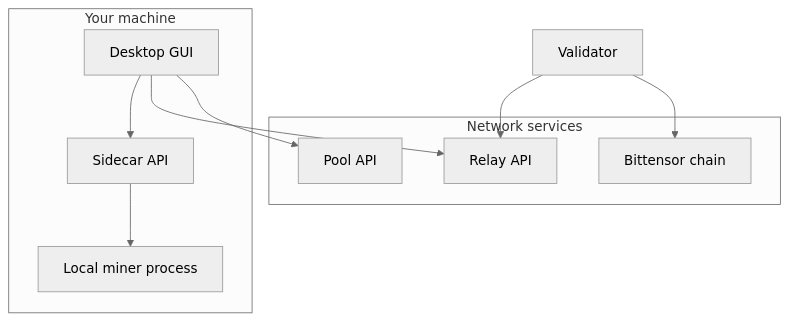
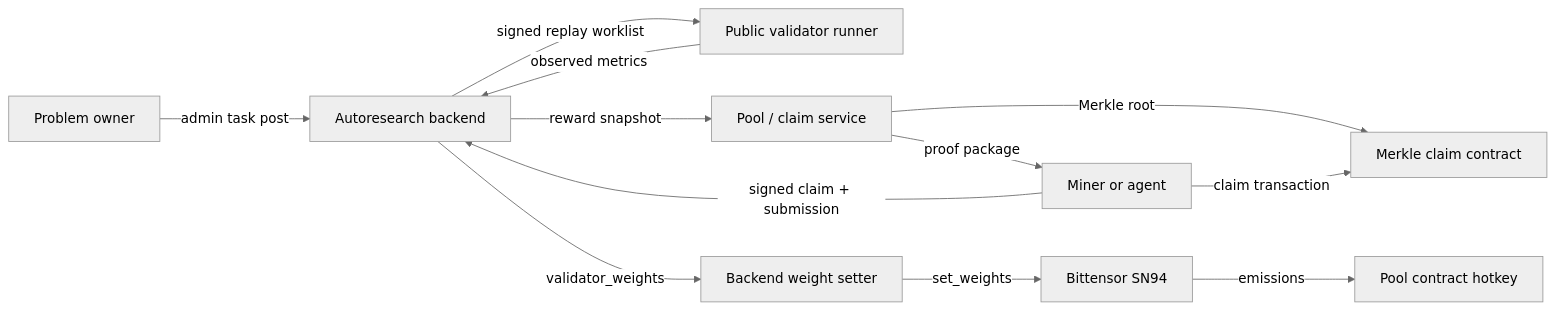
One commit to AlveusLabs/SN94-BitSota changed the diagram in docs/architecture.md. Above: the diagram before and after it, drawn with Mermaid (neutral theme). The commit also changed other lines of this file and 83 other files, not shown here.

Commit message:
Publish public docs for App Runner

````diff
--- a/docs/architecture.md
+++ b/docs/architecture.md
@@ -44,21 +19,14 @@
 ```mermaid
-flowchart TB
-  subgraph Local[Your machine]
-    GUI[Desktop GUI]
-    Sidecar[Sidecar API]
-    Miner[Local miner process]
-    GUI --> Sidecar
-    Sidecar --> Miner
-  end
-
-  subgraph Remote[Network services]
-    Relay[Relay API]
-    PoolAPI[Pool API]
-    Chain[Bittensor chain]
-  end
-
-  GUI --> Relay
-  GUI --> PoolAPI
-  Validator[Validator] --> Relay
-  Validator --> Chain
+flowchart LR
+  Owner[Problem owner] -->|admin task post| Backend[Autoresearch backend]
+  Miner[Miner or agent] -->|signed claim + submission| Backend
+  Backend -->|signed replay worklist| Validator[Public validator runner]
+  Validator -->|observed metrics| Backend
+  Backend -->|reward snapshot| Pool[Pool / claim service]
+  Pool -->|Merkle root| Contract[Merkle claim contract]
+  Pool -->|proof package| Miner
+  Miner -->|claim transaction| Contract
+  Backend -->|validator_weights| Setter[Backend weight setter]
+  Setter -->|set_weights| Chain[Bittensor SN94]
+  Chain -->|emissions| Hotkey[Pool contract hotkey]
 ```
````
